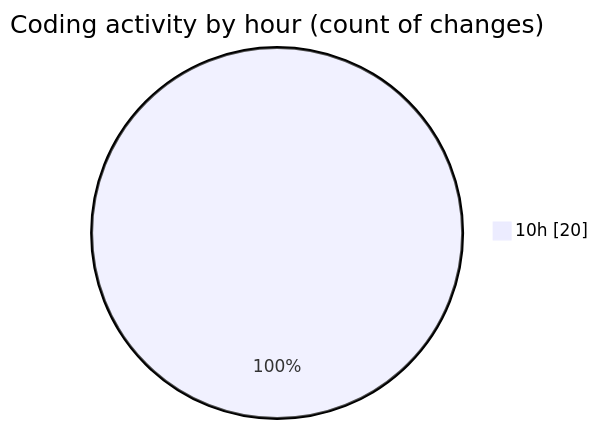
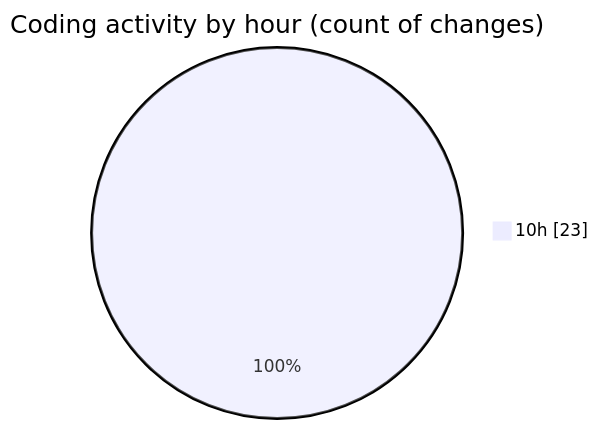
One commit to MatusMokan/code-tracking changed the second of 2 diagrams in 2025-03-01/myws__workspace_/README.md. Above: the diagram before and after it, drawn with Mermaid. The commit also changed other lines of this file and 1 other file, not shown here.

````diff
--- a/2025-03-01/myws__workspace_/README.md
+++ b/2025-03-01/myws__workspace_/README.md
@@ -29,5 +30,5 @@
 ```mermaid
 pie showData
 title Coding activity by hour (count of changes)
-"10h" : 20
+"10h" : 23
 ```
````
